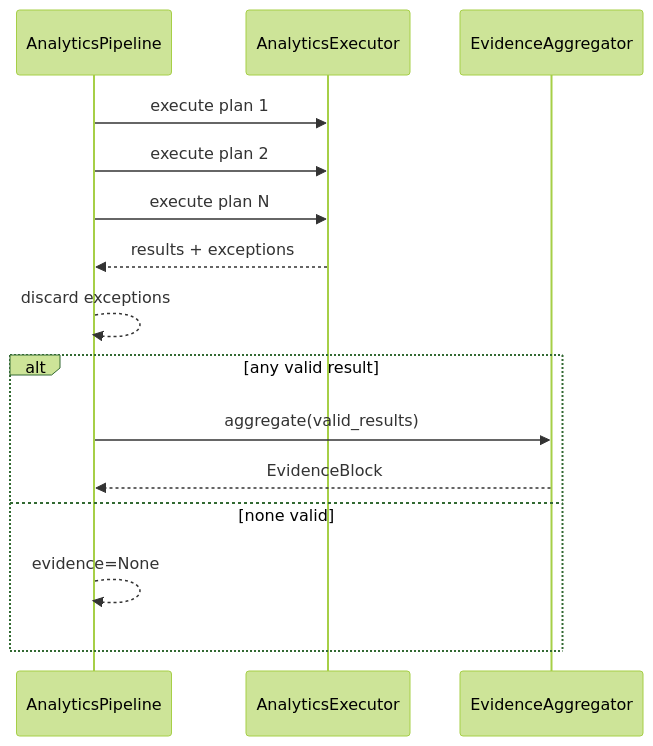
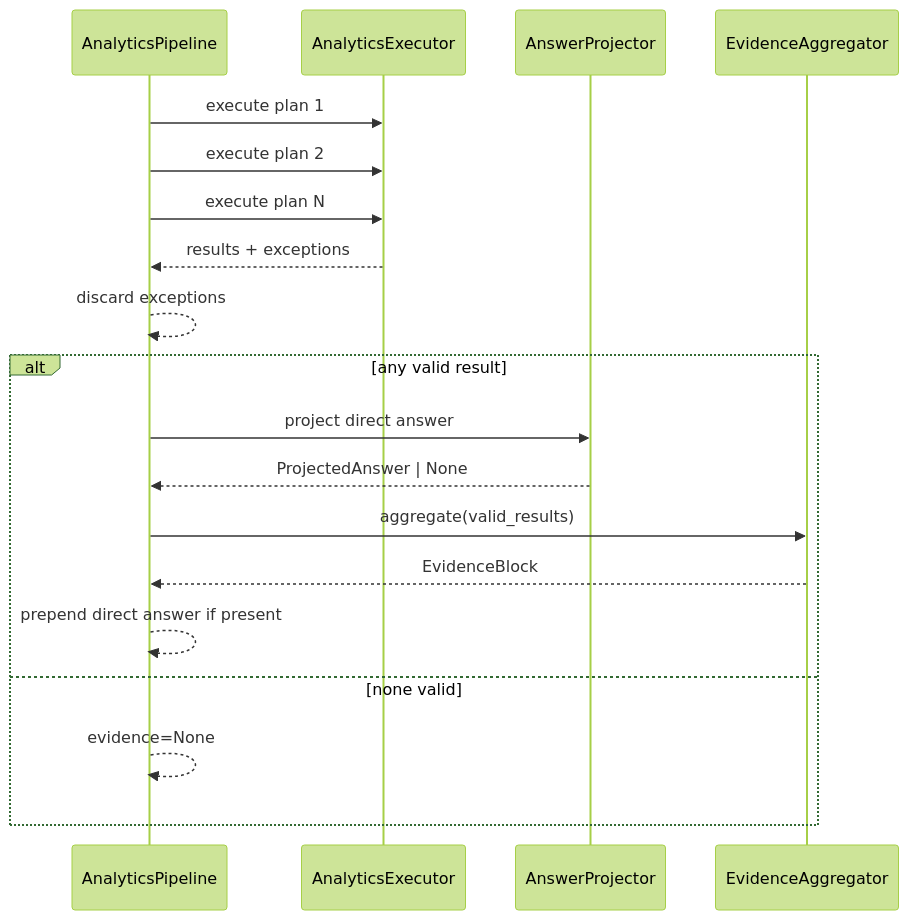
Diagram 13 of 15 in orion_mcp_v3/docs/architecture/ANALISE_ARQUITETURAL_SENIOR.md (cristianosantana/jupter_notebook), drawn with Mermaid (forest theme) before and after one commit. The commit also changed other lines of this file and 11 other files, not shown here.

````diff
--- a/orion_mcp_v3/docs/architecture/ANALISE_ARQUITETURAL_SENIOR.md
+++ b/orion_mcp_v3/docs/architecture/ANALISE_ARQUITETURAL_SENIOR.md
@@ -615,18 +741,22 @@
 ```mermaid
 sequenceDiagram
     participant ANA as AnalyticsPipeline
     participant EXE as AnalyticsExecutor
+    participant AP as AnswerProjector
     participant AGG as EvidenceAggregator
 
     ANA->>EXE: execute plan 1
     ANA->>EXE: execute plan 2
     ANA->>EXE: execute plan N
     EXE-->>ANA: results + exceptions
     ANA-->>ANA: discard exceptions
     alt any valid result
+        ANA->>AP: project direct answer
+        AP-->>ANA: ProjectedAnswer | None
         ANA->>AGG: aggregate(valid_results)
         AGG-->>ANA: EvidenceBlock
+        ANA-->>ANA: prepend direct answer if present
     else none valid
         ANA-->>ANA: evidence=None
     end
 ```
````
